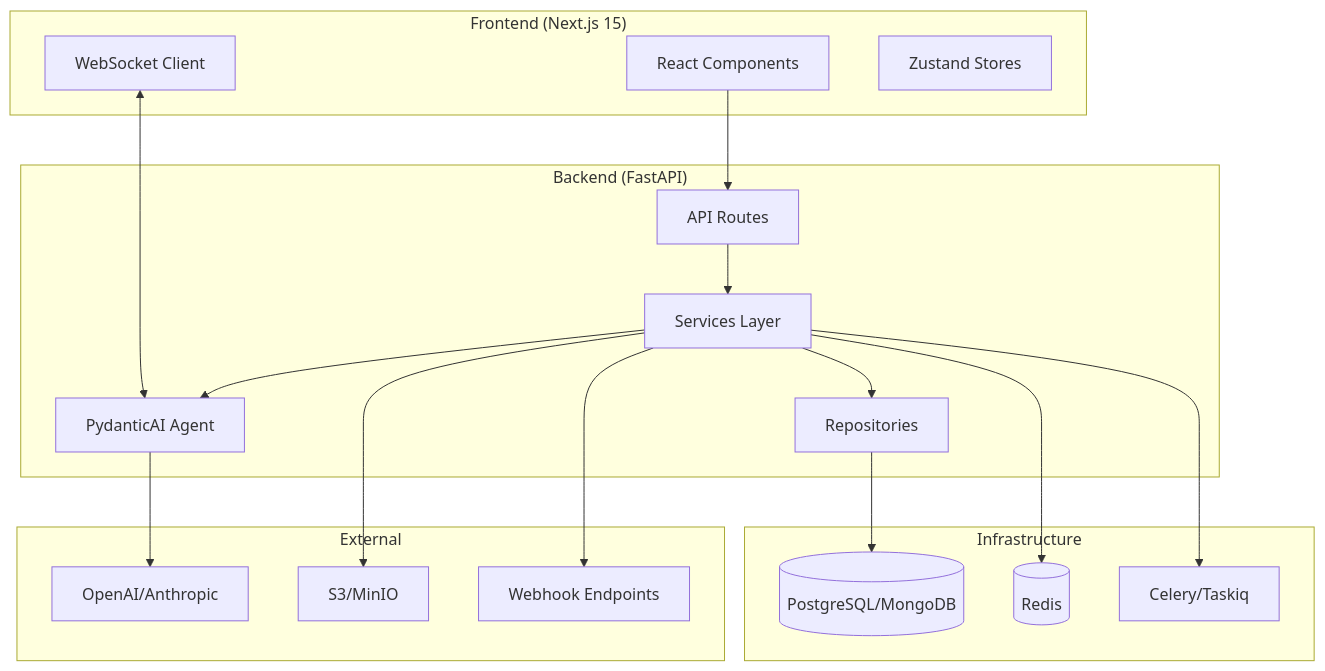
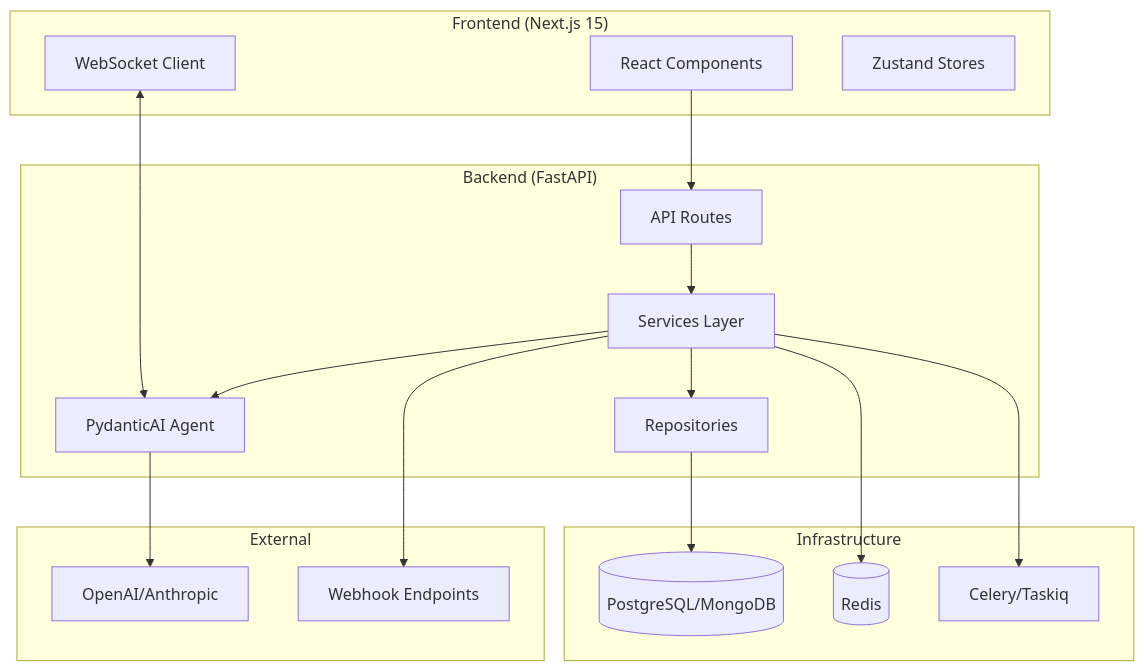
One commit to ralph-santiago-2992/FULL-STACK-AI-AGENT-TEMPLATE changed the first of 3 diagrams in README.md. Above: the diagram before and after it, drawn with Mermaid. The commit also changed other lines of this file and 4 other files, not shown here.

````diff
--- a/README.md
+++ b/README.md
@@ -101,39 +101,37 @@
 ```mermaid
 graph TB
     subgraph Frontend["Frontend (Next.js 15)"]
         UI[React Components]
         WS[WebSocket Client]
         Store[Zustand Stores]
     end
 
     subgraph Backend["Backend (FastAPI)"]
         API[API Routes]
         Services[Services Layer]
         Repos[Repositories]
         Agent[PydanticAI Agent]
     end
 
     subgraph Infrastructure
         DB[(PostgreSQL/MongoDB)]
         Redis[(Redis)]
         Queue[Celery/Taskiq]
     end
 
     subgraph External
         LLM[OpenAI/Anthropic]
-        S3[S3/MinIO]
         Webhook[Webhook Endpoints]
     end
 
     UI --> API
     WS <--> Agent
     API --> Services
     Services --> Repos
     Services --> Agent
     Repos --> DB
     Agent --> LLM
     Services --> Redis
     Services --> Queue
-    Services --> S3
     Services --> Webhook
 ```
````
